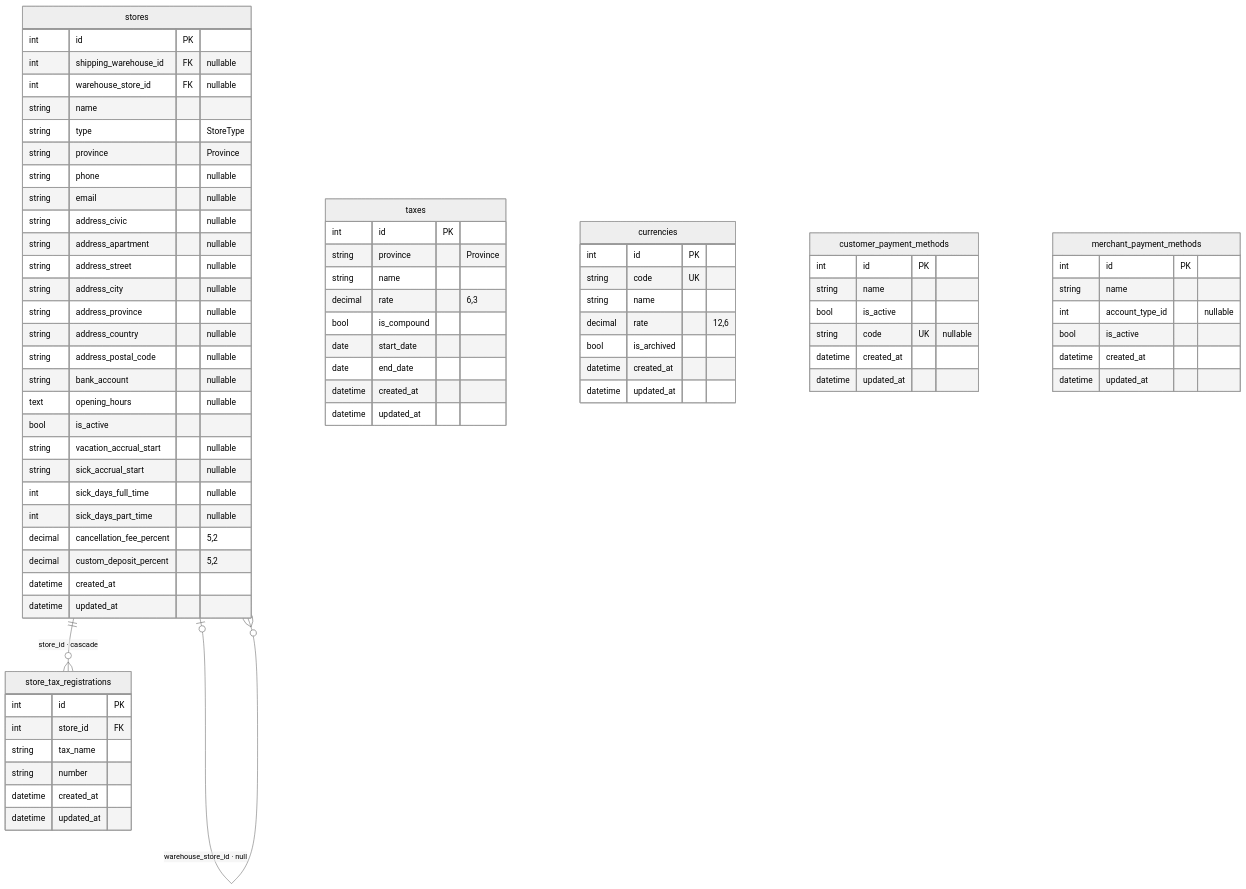
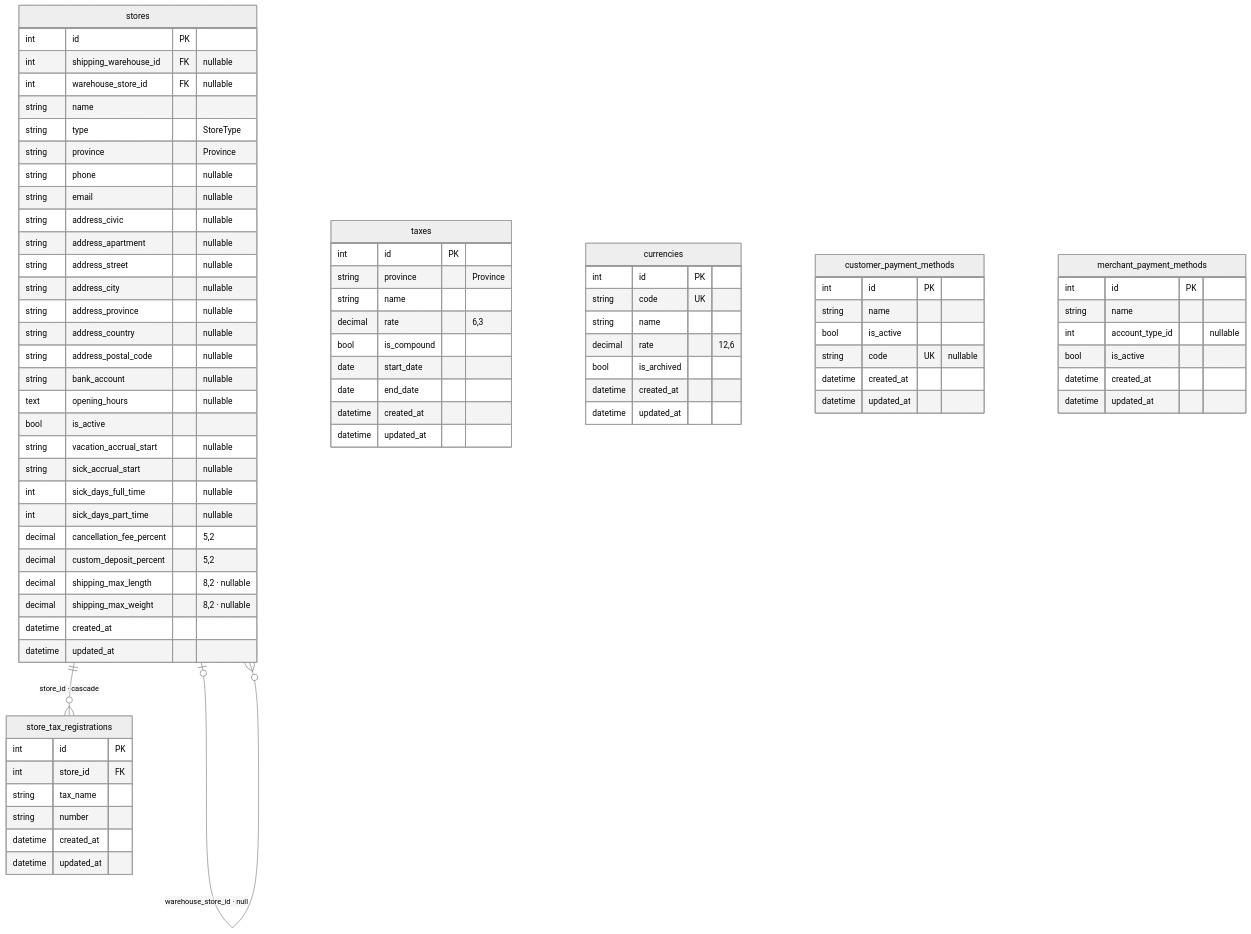
One commit to sebastienmarley/dkorpos changed the ninth of 9 diagrams in dkor/docs/data-model.md. Above: the diagram before and after it, drawn with Mermaid (neutral theme). The commit also changed other lines of this file and 36 other files, not shown here.

````diff
--- a/dkor/docs/data-model.md
+++ b/dkor/docs/data-model.md
@@ -1039,78 +1047,80 @@
 ```mermaid
 erDiagram
     stores |o--o{ stores : "shipping_warehouse_id · null"
     stores |o--o{ stores : "warehouse_store_id · null"
     stores ||--o{ store_tax_registrations : "store_id · cascade"
     stores {
         int id PK
         int shipping_warehouse_id FK "nullable"
         int warehouse_store_id FK "nullable"
         string name
         string type "StoreType"
         string province "Province"
         string phone "nullable"
         string email "nullable"
         string address_civic "nullable"
         string address_apartment "nullable"
         string address_street "nullable"
         string address_city "nullable"
         string address_province "nullable"
         string address_country "nullable"
         string address_postal_code "nullable"
         string bank_account "nullable"
         text opening_hours "nullable"
         bool is_active
         string vacation_accrual_start "nullable"
         string sick_accrual_start "nullable"
         int sick_days_full_time "nullable"
         int sick_days_part_time "nullable"
         decimal cancellation_fee_percent "5,2"
         decimal custom_deposit_percent "5,2"
+        decimal shipping_max_length "8,2 · nullable"
+        decimal shipping_max_weight "8,2 · nullable"
         datetime created_at
         datetime updated_at
     }
     store_tax_registrations {
         int id PK
         int store_id FK
         string tax_name
         string number
         datetime created_at
         datetime updated_at
     }
     taxes {
         int id PK
         string province "Province"
         string name
         decimal rate "6,3"
         bool is_compound
         date start_date
         date end_date
         datetime created_at
         datetime updated_at
     }
     currencies {
         int id PK
         string code UK
         string name
         decimal rate "12,6"
         bool is_archived
         datetime created_at
         datetime updated_at
     }
     customer_payment_methods {
         int id PK
         string name
         bool is_active
         string code UK "nullable"
         datetime created_at
         datetime updated_at
     }
     merchant_payment_methods {
         int id PK
         string name
         int account_type_id "nullable"
         bool is_active
         datetime created_at
         datetime updated_at
     }
 ```
````
